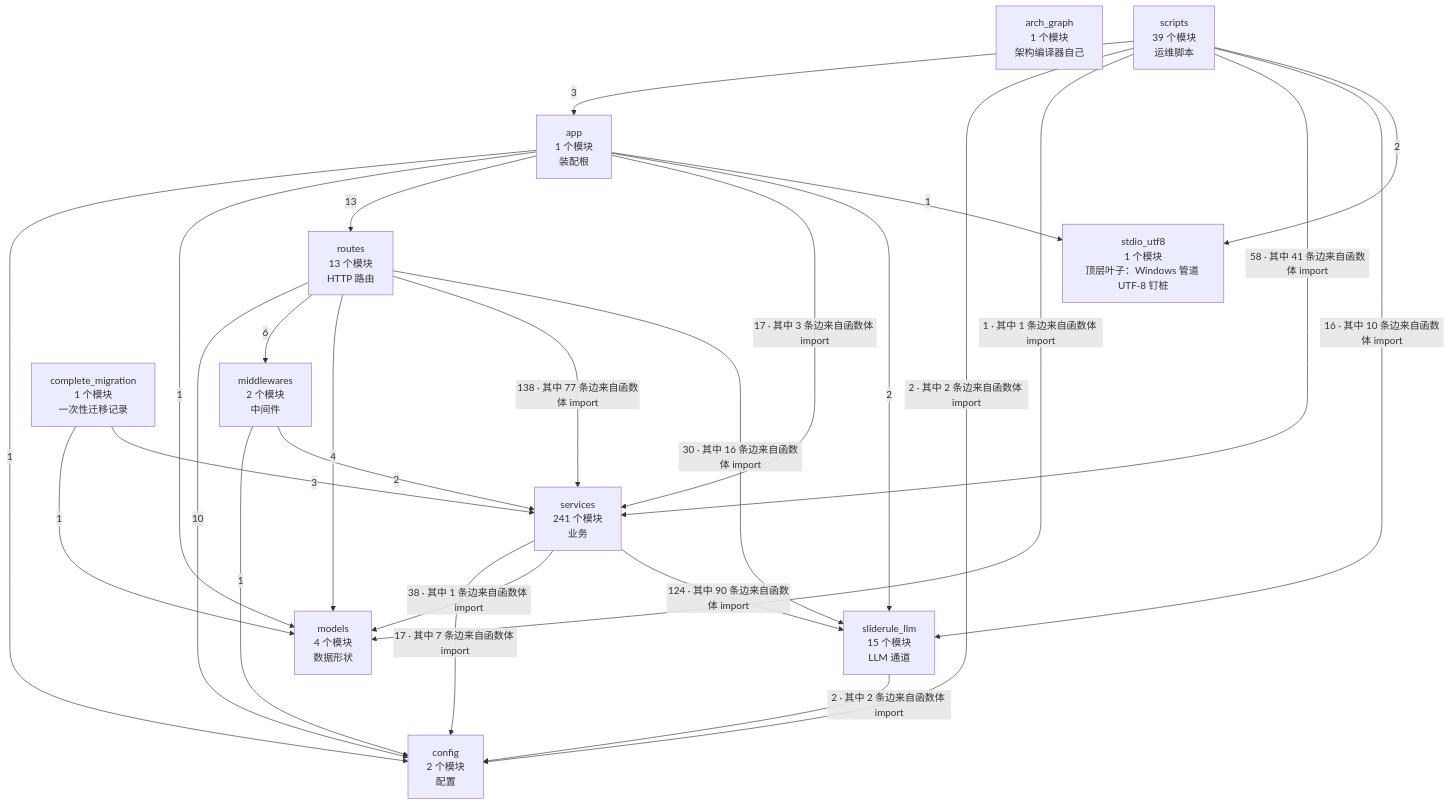
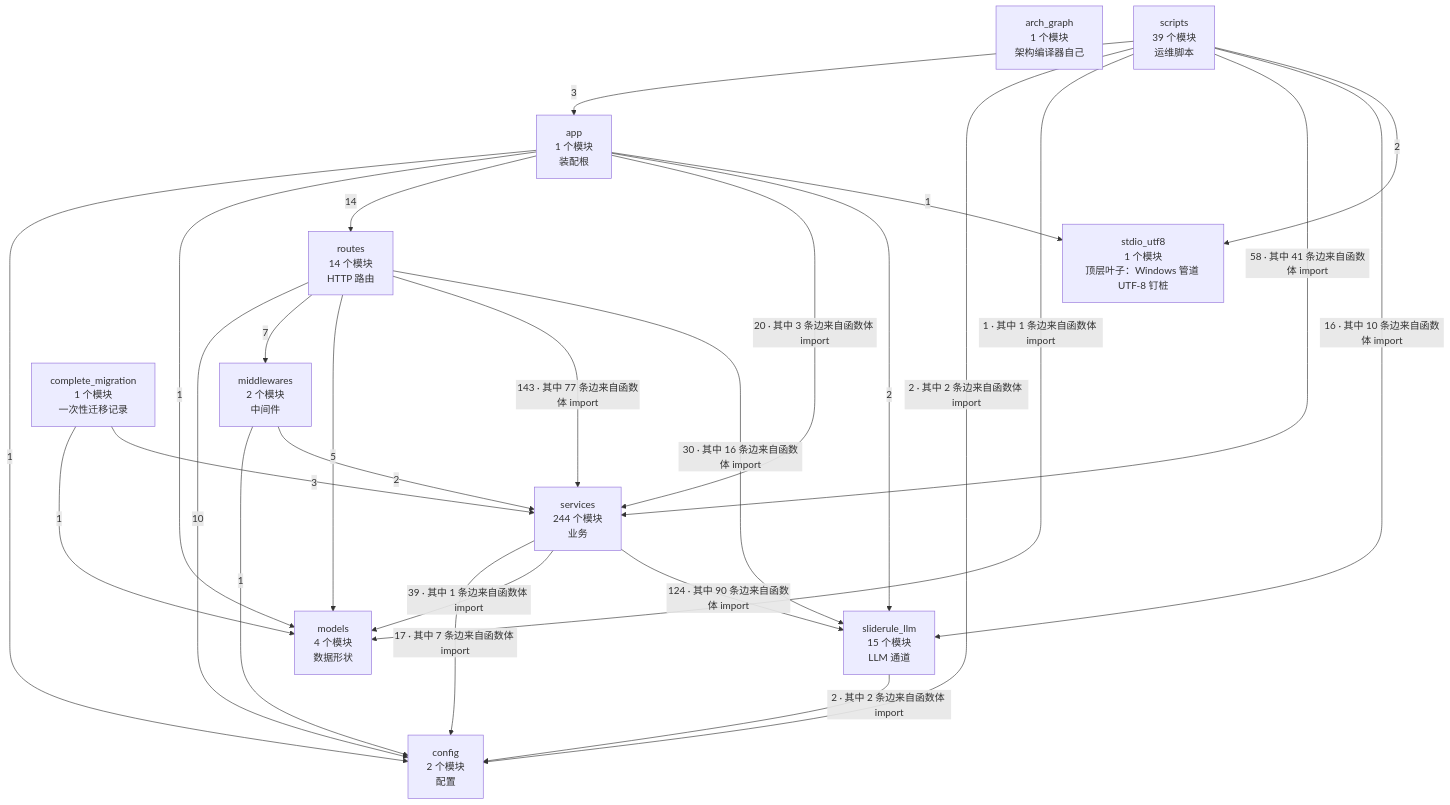
Before and after one commit to 2686521696/WhyBuddy: the second of 4 diagrams in docs/SlideRule V6.2 架构图（自动生成）.md, drawn with Mermaid. The commit also changed other lines of this file and 46 other files, not shown here.

````diff
--- a/docs/SlideRule V6.2 架构图（自动生成）.md
+++ b/docs/SlideRule V6.2 架构图（自动生成）.md
@@ -62,39 +62,39 @@
 ```mermaid
 flowchart TB
   arch_graph["arch_graph<br/>1 个模块<br/>架构编译器自己"]
   config["config<br/>2 个模块<br/>配置"]
   models["models<br/>4 个模块<br/>数据形状"]
   stdio_utf8["stdio_utf8<br/>1 个模块<br/>顶层叶子：Windows 管道 UTF-8 钉桩"]
   sliderule_llm["sliderule_llm<br/>15 个模块<br/>LLM 通道"]
   middlewares["middlewares<br/>2 个模块<br/>中间件"]
-  services["services<br/>241 个模块<br/>业务"]
-  routes["routes<br/>13 个模块<br/>HTTP 路由"]
+  services["services<br/>244 个模块<br/>业务"]
+  routes["routes<br/>14 个模块<br/>HTTP 路由"]
   app["app<br/>1 个模块<br/>装配根"]
   complete_migration["complete_migration<br/>1 个模块<br/>一次性迁移记录"]
   scripts["scripts<br/>39 个模块<br/>运维脚本"]
   app -->|1| config
   app -->|1| models
-  app -->|13| routes
-  app -->|17 · 其中 3 条边来自函数体 import| services
+  app -->|14| routes
+  app -->|20 · 其中 3 条边来自函数体 import| services
   app -->|2| sliderule_llm
   app -->|1| stdio_utf8
   complete_migration -->|1| models
   complete_migration -->|3| services
   middlewares -->|1| config
   middlewares -->|2| services
   routes -->|10| config
-  routes -->|6| middlewares
-  routes -->|4| models
-  routes -->|138 · 其中 77 条边来自函数体 import| services
+  routes -->|7| middlewares
+  routes -->|5| models
+  routes -->|143 · 其中 77 条边来自函数体 import| services
   routes -->|30 · 其中 16 条边来自函数体 import| sliderule_llm
   scripts -->|3| app
   scripts -->|2 · 其中 2 条边来自函数体 import| config
   scripts -->|1 · 其中 1 条边来自函数体 import| models
   scripts -->|58 · 其中 41 条边来自函数体 import| services
   scripts -->|16 · 其中 10 条边来自函数体 import| sliderule_llm
   scripts -->|2| stdio_utf8
   services -->|17 · 其中 7 条边来自函数体 import| config
-  services -->|38 · 其中 1 条边来自函数体 import| models
+  services -->|39 · 其中 1 条边来自函数体 import| models
   services -->|124 · 其中 90 条边来自函数体 import| sliderule_llm
   sliderule_llm -->|2 · 其中 2 条边来自函数体 import| config
 ```
````
